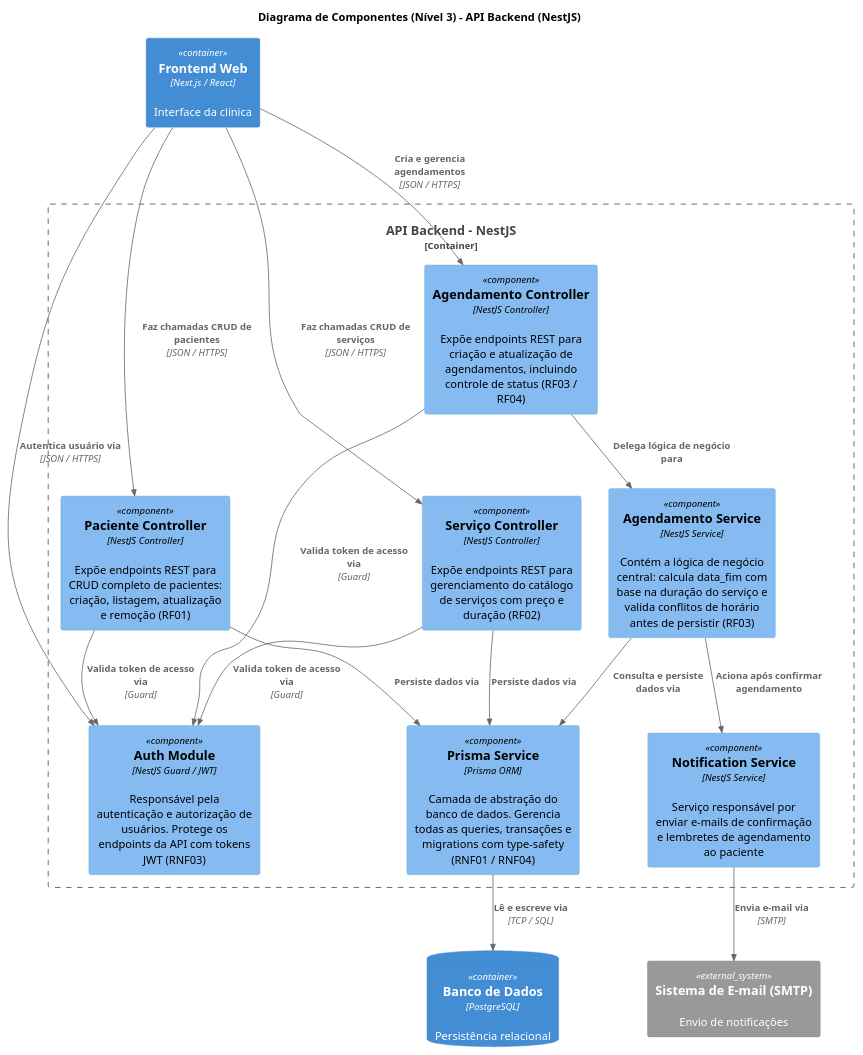
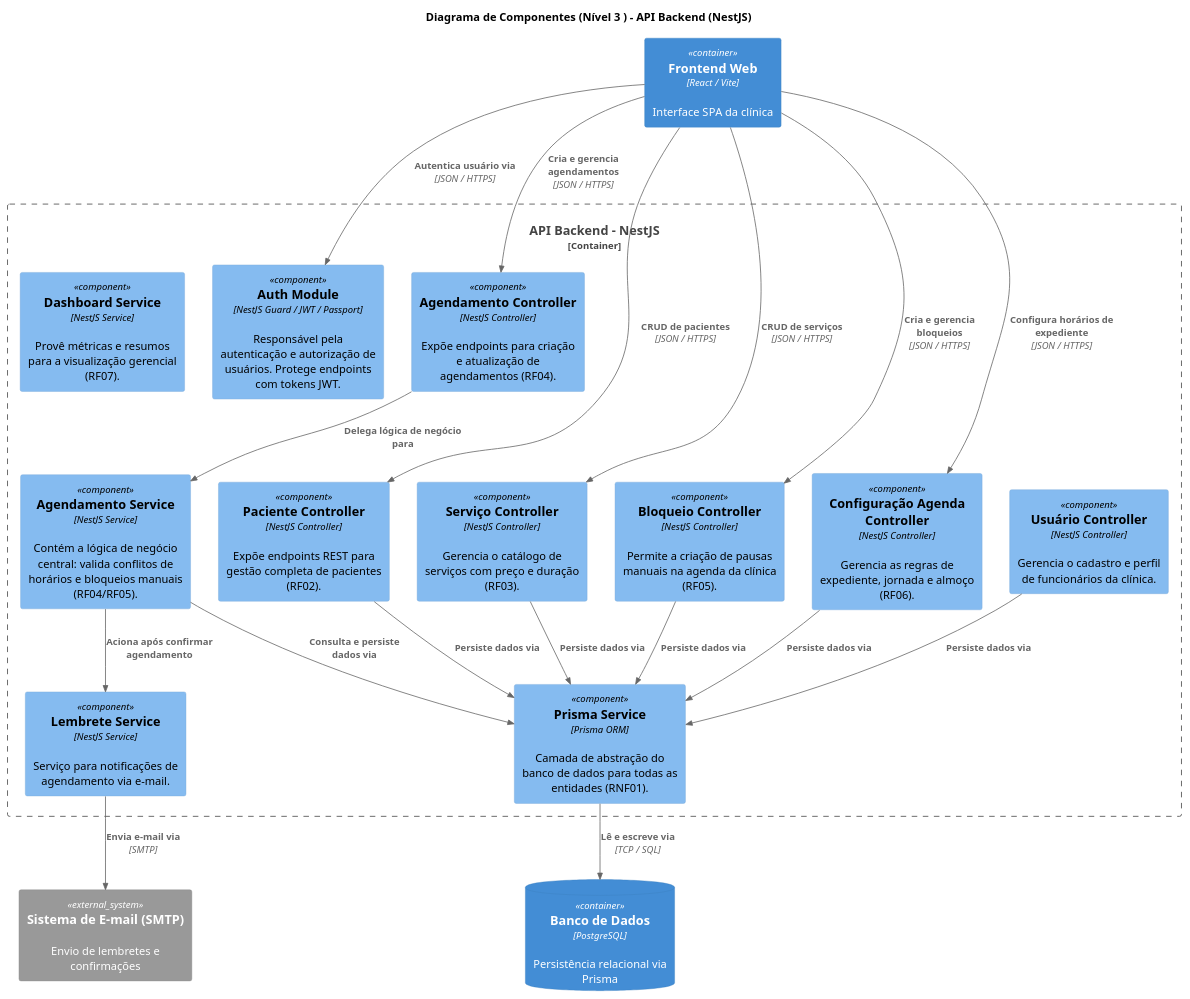
The diagram in bioschedule_c4_nivel3_componentes.puml (rique1011/Sistema-de-Gest-o-e-Agendamento-Est-tico), drawn with PlantUML before and after one commit.

Commit message:
Refactor component diagram for API Backend
Updated component diagram for the API Backend in NestJS. Changed controller names and descriptions for clarity and added new components.

```diff
--- a/bioschedule_c4_nivel3_componentes.puml
+++ b/bioschedule_c4_nivel3_componentes.puml
@@ -1,47 +1,56 @@
 @startuml C4_Component_BioSchedule_Backend
-!include https://raw.githubusercontent.com/RicardoNiepel/C4-PlantUML/master/C4_Component.puml
+!include https://raw.githubusercontent.com/plantuml-stdlib/C4-PlantUML/master/C4_Component.puml
 
-title Diagrama de Componentes (Nível 3) - API Backend (NestJS)
+title Diagrama de Componentes (Nível 3 ) - API Backend (NestJS)
 
-Container(frontend, "Frontend Web", "Next.js / React", "Interface da clínica")
-ContainerDb(database, "Banco de Dados", "PostgreSQL", "Persistência relacional")
-System_Ext(email_system, "Sistema de E-mail (SMTP)", "Envio de notificações")
+Container(frontend, "Frontend Web", "React / Vite", "Interface SPA da clínica")
+ContainerDb(database, "Banco de Dados", "PostgreSQL", "Persistência relacional via Prisma")
+System_Ext(email_system, "Sistema de E-mail (SMTP)", "Envio de lembretes e confirmações")
 
 Container_Boundary(backend, "API Backend - NestJS") {
 
-    Component(auth_module, "Auth Module", "NestJS Guard / JWT", "Responsável pela autenticação e autorização de usuários. Protege os endpoints da API com tokens JWT (RNF03)")
+    Component(auth_module, "Auth Module", "NestJS Guard / JWT / Passport", "Responsável pela autenticação e autorização de usuários. Protege endpoints com tokens JWT.")
 
-    Component(paciente_controller, "Paciente Controller", "NestJS Controller", "Expõe endpoints REST para CRUD completo de pacientes: criação, listagem, atualização e remoção (RF01)")
+    Component(usuario_controller, "Usuário Controller", "NestJS Controller", "Gerencia o cadastro e perfil de funcionários da clínica.")
 
-    Component(servico_controller, "Serviço Controller", "NestJS Controller", "Expõe endpoints REST para gerenciamento do catálogo de serviços com preço e duração (RF02)")
+    Component(paciente_controller, "Paciente Controller", "NestJS Controller", "Expõe endpoints REST para gestão completa de pacientes (RF02).")
 
-    Component(agendamento_controller, "Agendamento Controller", "NestJS Controller", "Expõe endpoints REST para criação e atualização de agendamentos, incluindo controle de status (RF03 / RF04)")
+    Component(servico_controller, "Serviço Controller", "NestJS Controller", "Gerencia o catálogo de serviços com preço e duração (RF03).")
 
-    Component(agendamento_service, "Agendamento Service", "NestJS Service", "Contém a lógica de negócio central: calcula data_fim com base na duração do serviço e valida conflitos de horário antes de persistir (RF03)")
+    Component(agendamento_controller, "Agendamento Controller", "NestJS Controller", "Expõe endpoints para criação e atualização de agendamentos (RF04).")
 
-    Component(notification_service, "Notification Service", "NestJS Service", "Serviço responsável por enviar e-mails de confirmação e lembretes de agendamento ao paciente")
+    Component(agendamento_service, "Agendamento Service", "NestJS Service", "Contém a lógica de negócio central: valida conflitos de horários e bloqueios manuais (RF04/RF05).")
 
-    Component(prisma_service, "Prisma Service", "Prisma ORM", "Camada de abstração do banco de dados. Gerencia todas as queries, transações e migrations com type-safety (RNF01 / RNF04)")
+    Component(bloqueio_controller, "Bloqueio Controller", "NestJS Controller", "Permite a criação de pausas manuais na agenda da clínica (RF05).")
+
+    Component(config_agenda_controller, "Configuração Agenda Controller", "NestJS Controller", "Gerencia as regras de expediente, jornada e almoço (RF06).")
+
+    Component(dashboard_service, "Dashboard Service", "NestJS Service", "Provê métricas e resumos para a visualização gerencial (RF07).")
+
+    Component(lembrete_service, "Lembrete Service", "NestJS Service", "Serviço para notificações de agendamento via e-mail.")
+
+    Component(prisma_service, "Prisma Service", "Prisma ORM", "Camada de abstração do banco de dados para todas as entidades (RNF01).")
 
 }
 
 Rel(frontend, auth_module, "Autentica usuário via", "JSON / HTTPS")
-Rel(frontend, paciente_controller, "Faz chamadas CRUD de pacientes", "JSON / HTTPS")
-Rel(frontend, servico_controller, "Faz chamadas CRUD de serviços", "JSON / HTTPS")
+Rel(frontend, paciente_controller, "CRUD de pacientes", "JSON / HTTPS")
+Rel(frontend, servico_controller, "CRUD de serviços", "JSON / HTTPS")
 Rel(frontend, agendamento_controller, "Cria e gerencia agendamentos", "JSON / HTTPS")
-
-Rel(paciente_controller, auth_module, "Valida token de acesso via", "Guard")
-Rel(servico_controller, auth_module, "Valida token de acesso via", "Guard")
-Rel(agendamento_controller, auth_module, "Valida token de acesso via", "Guard")
+Rel(frontend, bloqueio_controller, "Cria e gerencia bloqueios", "JSON / HTTPS")
+Rel(frontend, config_agenda_controller, "Configura horários de expediente", "JSON / HTTPS")
 
 Rel(agendamento_controller, agendamento_service, "Delega lógica de negócio para")
-Rel(agendamento_service, notification_service, "Aciona após confirmar agendamento")
-Rel(notification_service, email_system, "Envia e-mail via", "SMTP")
+Rel(agendamento_service, lembrete_service, "Aciona após confirmar agendamento")
+Rel(lembrete_service, email_system, "Envia e-mail via", "SMTP")
 
 Rel(paciente_controller, prisma_service, "Persiste dados via")
 Rel(servico_controller, prisma_service, "Persiste dados via")
 Rel(agendamento_service, prisma_service, "Consulta e persiste dados via")
+Rel(bloqueio_controller, prisma_service, "Persiste dados via")
+Rel(config_agenda_controller, prisma_service, "Persiste dados via")
+Rel(usuario_controller, prisma_service, "Persiste dados via")
 
 Rel(prisma_service, database, "Lê e escreve via", "TCP / SQL")
 
 @enduml
```
